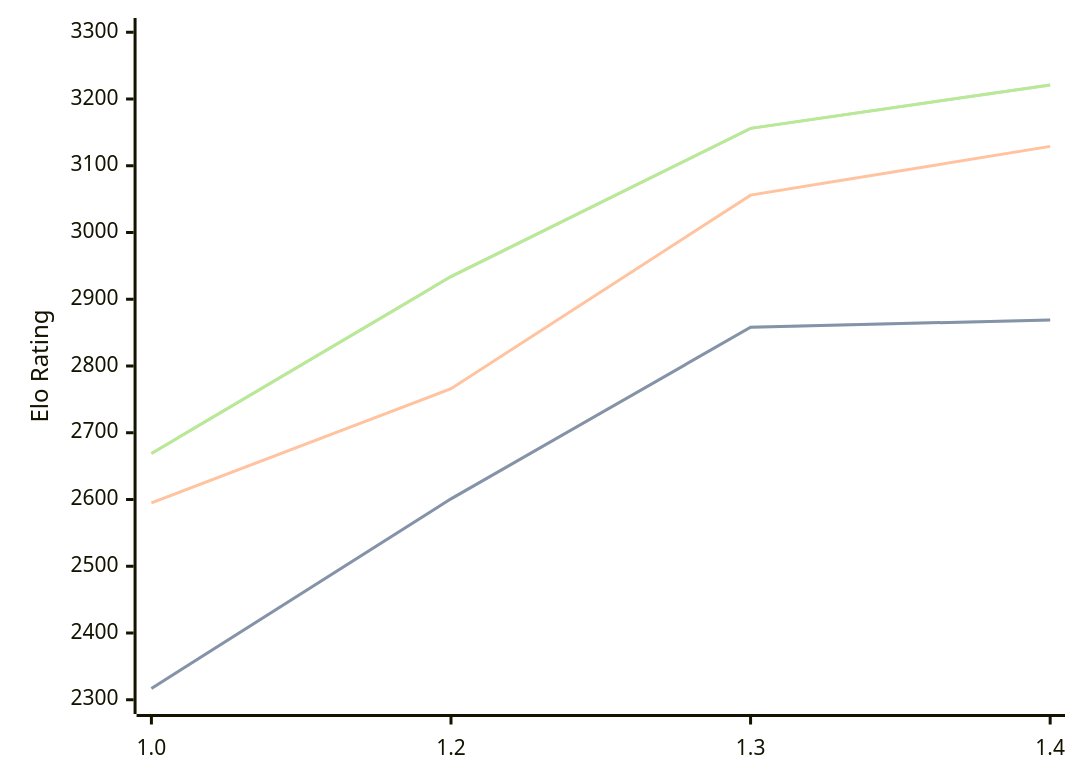
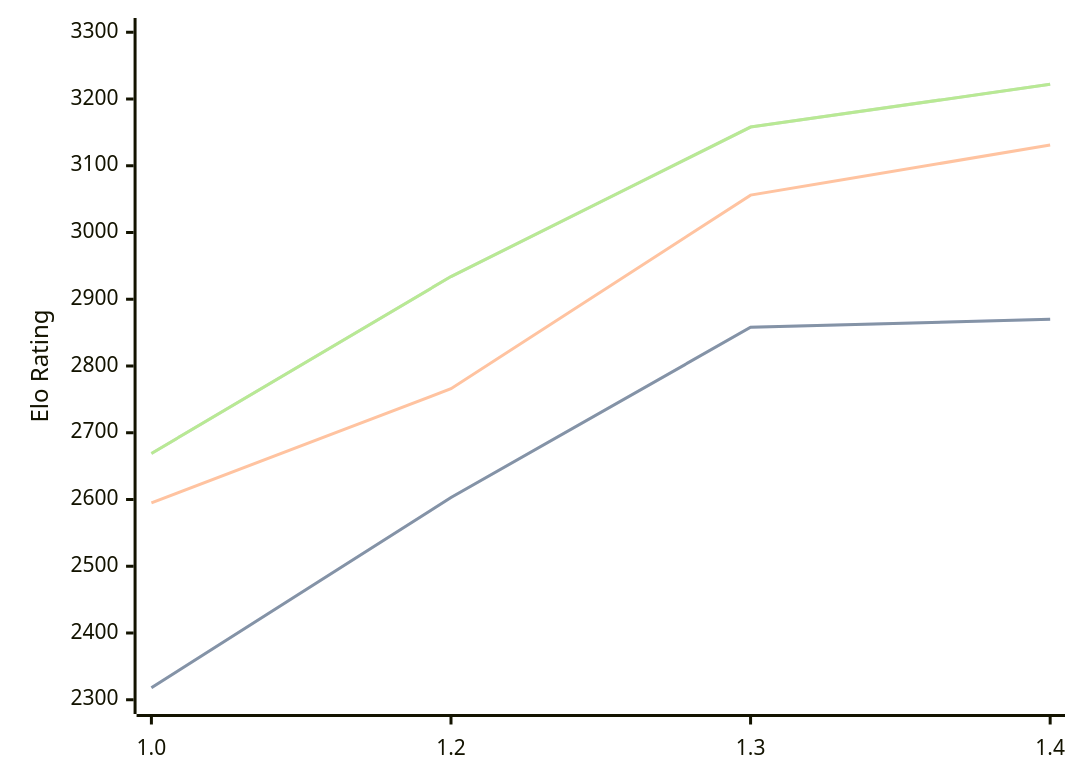
One commit to computer-chess-index/cci changed the first of 3 diagrams in engines/Chessnix.md. Above: the diagram before and after it, drawn with Mermaid. The commit also changed other lines of this file, not shown here.

Commit message:
Update CCI Ratings (ELO VLTC) - 2026-07-14

````diff
--- a/engines/Chessnix.md
+++ b/engines/Chessnix.md
@@ -36,11 +36,11 @@
 ```mermaid
 %%{init: {"theme":"base","themeVariables":{"seriesColors:['#a3a3a3','#222221','#faa371']}}}%%
 xychart-beta
   x-axis ["1.0", "1.2", "1.3", "1.4"]
   y-axis "Elo Rating" 2300 --> 3300
-  line "STC (8.0+0.08s)" [2317, 2601, 2858, 2869]
-  line "STC (8.0+0.08s)" [2317, 2601, 2858, 2869]
-  line "LTC (60.0+0.60s)" [2595, 2766, 3056, 3129]
-  line "VLTC (2m24s+1.12s)" [2669, 2934, 3156, 3221]
-  line "VLTC (2m24s+1.12s)" [2669, 2934, 3156, 3221]
+  line "STC (8.0+0.08s)" [2318, 2603, 2858, 2870]
+  line "STC (8.0+0.08s)" [2318, 2603, 2858, 2870]
+  line "LTC (60.0+0.60s)" [2595, 2766, 3056, 3131]
+  line "VLTC (2m24s+1.12s)" [2669, 2934, 3158, 3222]
+  line "VLTC (2m24s+1.12s)" [2669, 2934, 3158, 3222]
 ```
````
